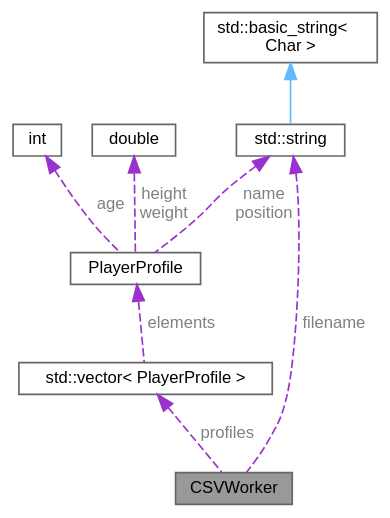
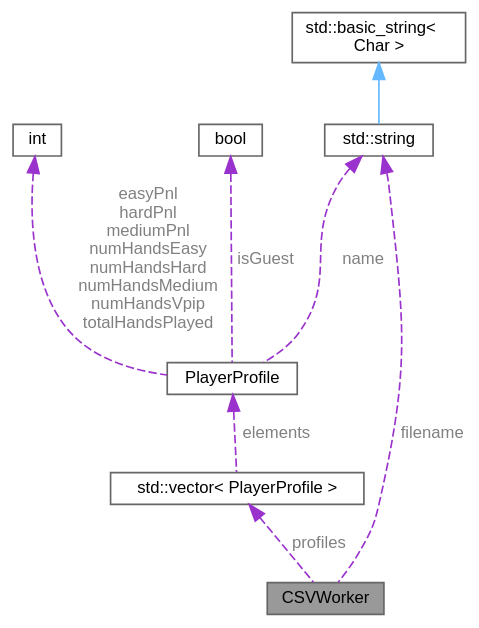
One commit to jesstyrrell/cosc345 changed the diagram in class_c_s_v_worker__coll__graph.dot. Above: the diagram before and after it, drawn with Graphviz. The commit also changed 266 other files, not shown here.

```diff
--- a/class_c_s_v_worker__coll__graph.dot
+++ b/class_c_s_v_worker__coll__graph.dot
@@ -1,22 +1,22 @@
 digraph "CSVWorker"
 {
  // INTERACTIVE_SVG=YES
  // LATEX_PDF_SIZE
   bgcolor="transparent";
   edge [fontname=Helvetica,fontsize=10,labelfontname=Helvetica,labelfontsize=10];
   node [fontname=Helvetica,fontsize=10,shape=box,height=0.2,width=0.4];
   Node1 [id="Node000001",label="CSVWorker",height=0.2,width=0.4,color="gray40", fillcolor="grey60", style="filled", fontcolor="black",tooltip=" "];
   Node2 -> Node1 [id="edge1_Node000001_Node000002",dir="back",color="darkorchid3",style="dashed",tooltip=" ",label=" filename",fontcolor="grey" ];
   Node2 [id="Node000002",label="std::string",height=0.2,width=0.4,color="gray40", fillcolor="white", style="filled",tooltip=" "];
   Node3 -> Node2 [id="edge2_Node000002_Node000003",dir="back",color="steelblue1",style="solid",tooltip=" "];
   Node3 [id="Node000003",label="std::basic_string\<\l Char \>",height=0.2,width=0.4,color="gray40", fillcolor="white", style="filled",tooltip=" "];
   Node4 -> Node1 [id="edge3_Node000001_Node000004",dir="back",color="darkorchid3",style="dashed",tooltip=" ",label=" profiles",fontcolor="grey" ];
   Node4 [id="Node000004",label="std::vector\< PlayerProfile \>",height=0.2,width=0.4,color="gray40", fillcolor="white", style="filled",tooltip=" "];
   Node5 -> Node4 [id="edge4_Node000004_Node000005",dir="back",color="darkorchid3",style="dashed",tooltip=" ",label=" elements",fontcolor="grey" ];
   Node5 [id="Node000005",label="PlayerProfile",height=0.2,width=0.4,color="gray40", fillcolor="white", style="filled",URL="$struct_player_profile.html",tooltip=" "];
-  Node2 -> Node5 [id="edge5_Node000005_Node000002",dir="back",color="darkorchid3",style="dashed",tooltip=" ",label=" name\nposition",fontcolor="grey" ];
-  Node6 -> Node5 [id="edge6_Node000005_Node000006",dir="back",color="darkorchid3",style="dashed",tooltip=" ",label=" age",fontcolor="grey" ];
+  Node2 -> Node5 [id="edge5_Node000005_Node000002",dir="back",color="darkorchid3",style="dashed",tooltip=" ",label=" name",fontcolor="grey" ];
+  Node6 -> Node5 [id="edge6_Node000005_Node000006",dir="back",color="darkorchid3",style="dashed",tooltip=" ",label=" easyPnl\nhardPnl\nmediumPnl\nnumHandsEasy\nnumHandsHard\nnumHandsMedium\nnumHandsVpip\ntotalHandsPlayed",fontcolor="grey" ];
   Node6 [id="Node000006",label="int",height=0.2,width=0.4,color="gray40", fillcolor="white", style="filled",tooltip=" "];
-  Node7 -> Node5 [id="edge7_Node000005_Node000007",dir="back",color="darkorchid3",style="dashed",tooltip=" ",label=" height\nweight",fontcolor="grey" ];
-  Node7 [id="Node000007",label="double",height=0.2,width=0.4,color="gray40", fillcolor="white", style="filled",tooltip=" "];
+  Node7 -> Node5 [id="edge7_Node000005_Node000007",dir="back",color="darkorchid3",style="dashed",tooltip=" ",label=" isGuest",fontcolor="grey" ];
+  Node7 [id="Node000007",label="bool",height=0.2,width=0.4,color="gray40", fillcolor="white", style="filled",tooltip=" "];
 }
```
